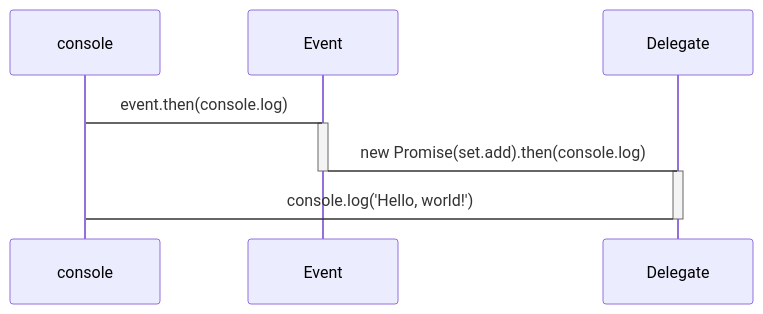
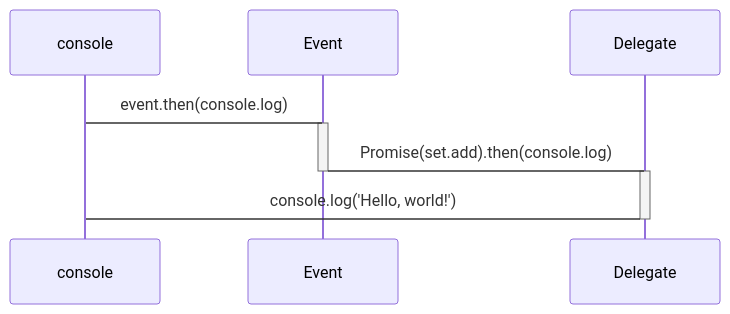
Before and after one commit to domrally/peekeasy: the first of 4 diagrams in README.md, drawn with Mermaid. The commit also changed other lines of this file, not shown here.

````diff
--- a/README.md
+++ b/README.md
@@ -56,10 +56,10 @@
 ```mermaid
 sequenceDiagram
     console->Event: event.then(console.log)
     activate Event
-    Event->Delegate: new Promise(set.add).then(console.log)
+    Event->Delegate: Promise(set.add).then(console.log)
     deactivate Event
     activate Delegate
     Delegate->console: console.log('Hello, world!')
     deactivate Delegate
 ```
````
